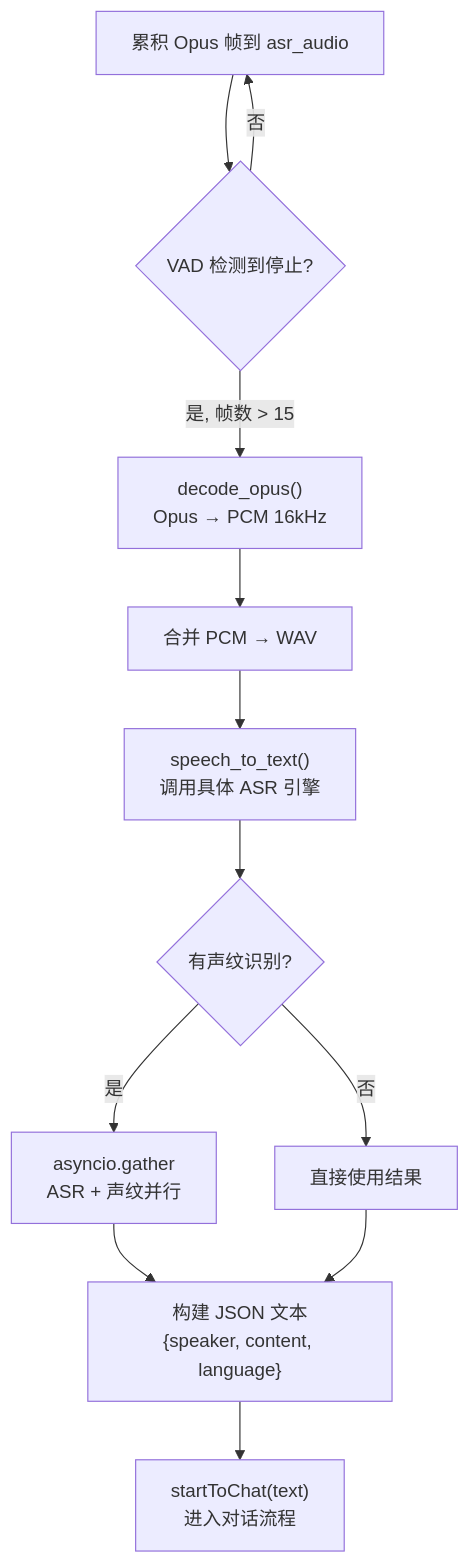
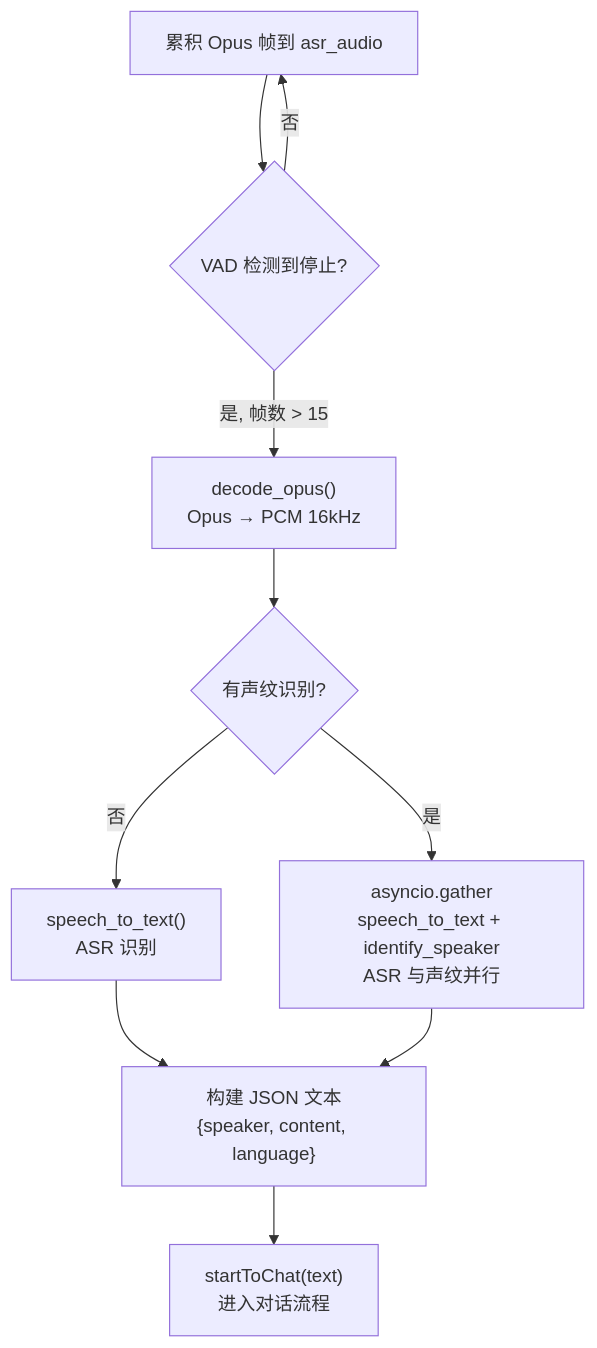
Before and after one commit to 20074021207/xiaozhi-esp32-server: the fifth of 8 diagrams in docs/xiaozhi-server-training-lite.md, drawn with Mermaid. The commit also changed other lines of this file and 1 other file, not shown here.

````diff
--- a/docs/xiaozhi-server-training-lite.md
+++ b/docs/xiaozhi-server-training-lite.md
@@ -343,14 +374,12 @@
 ```mermaid
 flowchart TB
     A["累积 Opus 帧到 asr_audio"] --> B{"VAD 检测到停止?"}
     B -- "否" --> A
     B -- "是, 帧数 > 15" --> C["decode_opus()<br/>Opus → PCM 16kHz"]
-    C --> D["合并 PCM → WAV"]
-    D --> E["speech_to_text()<br/>调用具体 ASR 引擎"]
-    E --> F{"有声纹识别?"}
-    F -- "是" --> G["asyncio.gather<br/>ASR + 声纹并行"]
-    F -- "否" --> H["直接使用结果"]
-    G --> I["构建 JSON 文本<br/>{speaker, content, language}"]
-    H --> I
-    I --> J["startToChat(text)<br/>进入对话流程"]
+    C --> D{"有声纹识别?"}
+    D -- "否" --> E["speech_to_text()<br/>ASR 识别"]
+    D -- "是" --> F["asyncio.gather<br/>speech_to_text + identify_speaker<br/>ASR 与声纹并行"]
+    E --> G["构建 JSON 文本<br/>{content}"]
+    F --> G["构建 JSON 文本<br/>{speaker, content, language}"]
+    G --> H["startToChat(text)<br/>进入对话流程"]
 ```
````
